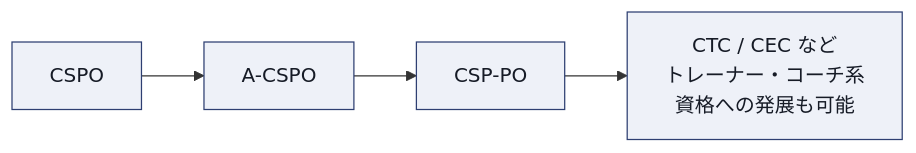
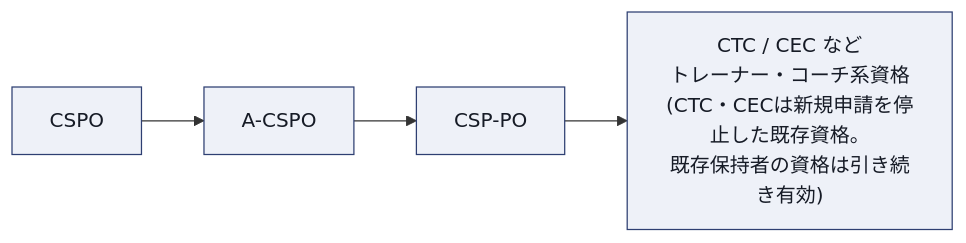
Diagram 16 of 17 in A-cspo-advanced-certified-scrum-product-owner-study-guide.md (myoshi2891/Management-Team-Building-Studies), drawn with Mermaid before and after one commit. The commit also changed other lines of this file, not shown here.

````diff
--- a/A-cspo-advanced-certified-scrum-product-owner-study-guide.md
+++ b/A-cspo-advanced-certified-scrum-product-owner-study-guide.md
@@ -930,11 +933,9 @@
 ```mermaid
 flowchart LR
     CSPO["CSPO"] --> ACSPO["A-CSPO"]
     ACSPO --> CSPPO["CSP-PO"]
-    CSPPO --> CTC["CTC / CEC など
-トレーナー・コーチ系
-資格への発展も可能"]
+    CSPPO --> CTC["CTC / CEC など<br/>トレーナー・コーチ系資格<br/>(CTC・CECは新規申請を停止した既存資格。<br/>既存保持者の資格は引き続き有効)"]
 
     classDef box fill:#EEF1F8,stroke:#2E3F72,color:#161B26
     class CSPO,ACSPO,CSPPO,CTC box
 ```
````
